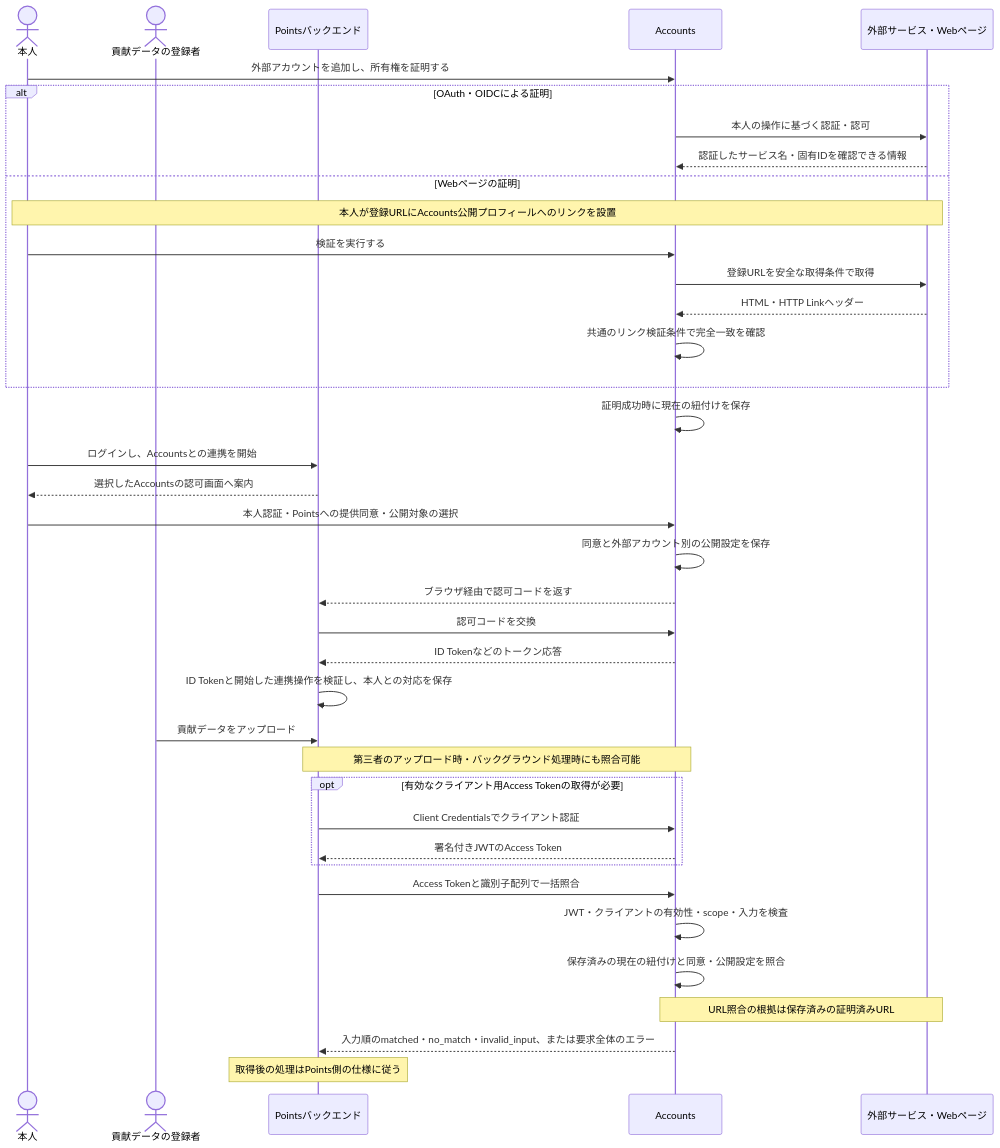
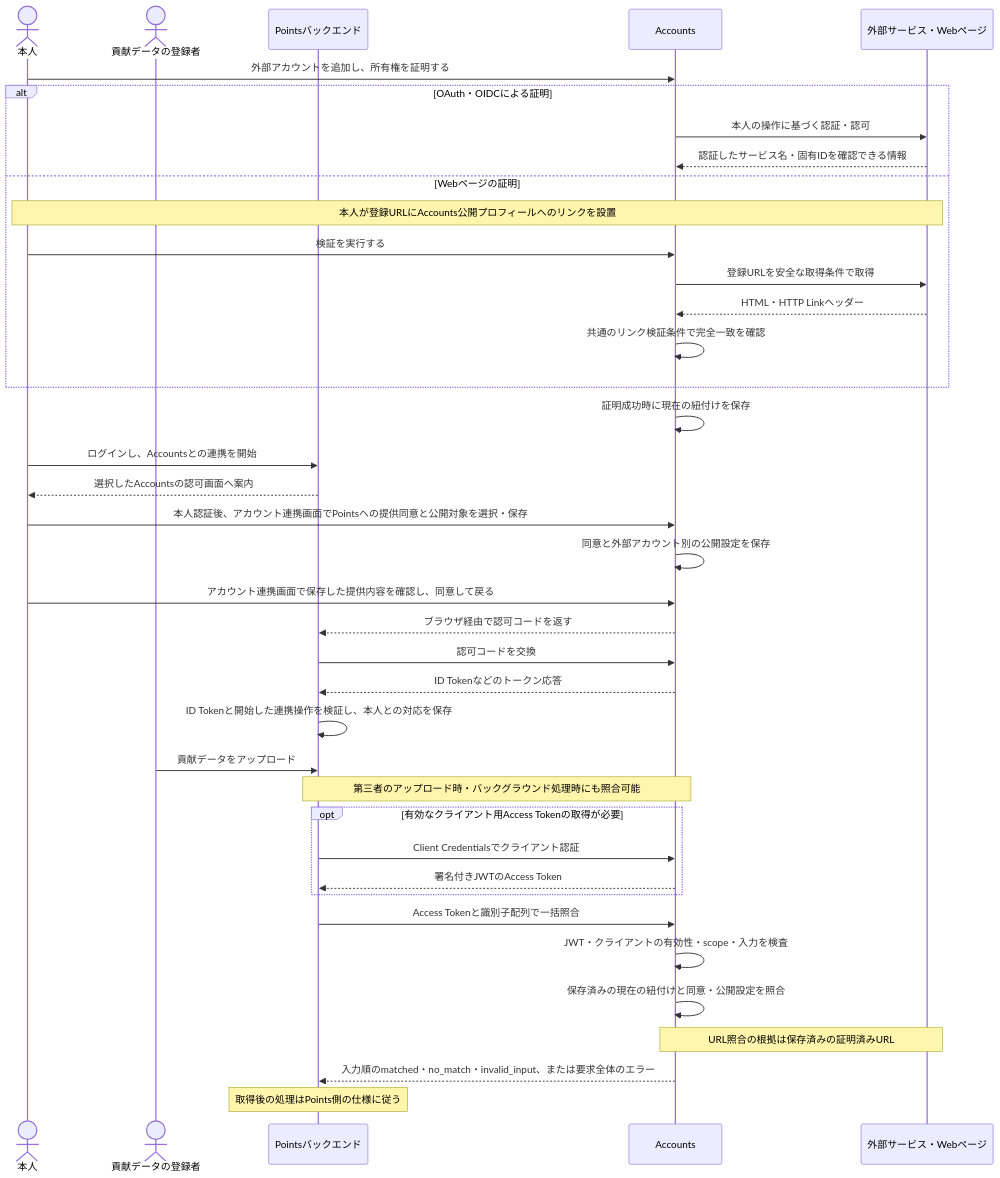
Before and after one commit to yuichisugio/freeism: the first of 2 diagrams in projects/accounts-web-app/docs/specification/v0.1/main.md, drawn with Mermaid. The commit also changed other lines of this file and 4 other files, not shown here.

````diff
--- a/projects/accounts-web-app/docs/specification/v0.1/main.md
+++ b/projects/accounts-web-app/docs/specification/v0.1/main.md
@@ -371,43 +382,44 @@
 ```mermaid
 sequenceDiagram
     actor Owner as 本人
     actor Uploader as 貢献データの登録者
     participant Points as Pointsバックエンド
     participant Accounts as Accounts
     participant External as 外部サービス・Webページ
 
     Owner->>Accounts: 外部アカウントを追加し、所有権を証明する
     alt OAuth・OIDCによる証明
         Accounts->>External: 本人の操作に基づく認証・認可
         External-->>Accounts: 認証したサービス名・固有IDを確認できる情報
     else Webページの証明
         Note over Owner,External: 本人が登録URLにAccounts公開プロフィールへのリンクを設置
         Owner->>Accounts: 検証を実行する
         Accounts->>External: 登録URLを安全な取得条件で取得
         External-->>Accounts: HTML・HTTP Linkヘッダー
         Accounts->>Accounts: 共通のリンク検証条件で完全一致を確認
     end
     Accounts->>Accounts: 証明成功時に現在の紐付けを保存
 
     Owner->>Points: ログインし、Accountsとの連携を開始
     Points-->>Owner: 選択したAccountsの認可画面へ案内
-    Owner->>Accounts: 本人認証・Pointsへの提供同意・公開対象の選択
+    Owner->>Accounts: 本人認証後、アカウント連携画面でPointsへの提供同意と公開対象を選択・保存
     Accounts->>Accounts: 同意と外部アカウント別の公開設定を保存
+    Owner->>Accounts: アカウント連携画面で保存した提供内容を確認し、同意して戻る
     Accounts-->>Points: ブラウザ経由で認可コードを返す
     Points->>Accounts: 認可コードを交換
     Accounts-->>Points: ID Tokenなどのトークン応答
     Points->>Points: ID Tokenと開始した連携操作を検証し、本人との対応を保存
 
     Uploader->>Points: 貢献データをアップロード
     Note over Points,Accounts: 第三者のアップロード時・バックグラウンド処理時にも照合可能
     opt 有効なクライアント用Access Tokenの取得が必要
         Points->>Accounts: Client Credentialsでクライアント認証
         Accounts-->>Points: 署名付きJWTのAccess Token
     end
     Points->>Accounts: Access Tokenと識別子配列で一括照合
     Accounts->>Accounts: JWT・クライアントの有効性・scope・入力を検査
     Accounts->>Accounts: 保存済みの現在の紐付けと同意・公開設定を照合
     Note over Accounts,External: URL照合の根拠は保存済みの証明済みURL
     Accounts-->>Points: 入力順のmatched・no_match・invalid_input、または要求全体のエラー
     Note over Points: 取得後の処理はPoints側の仕様に従う
 ```
````
